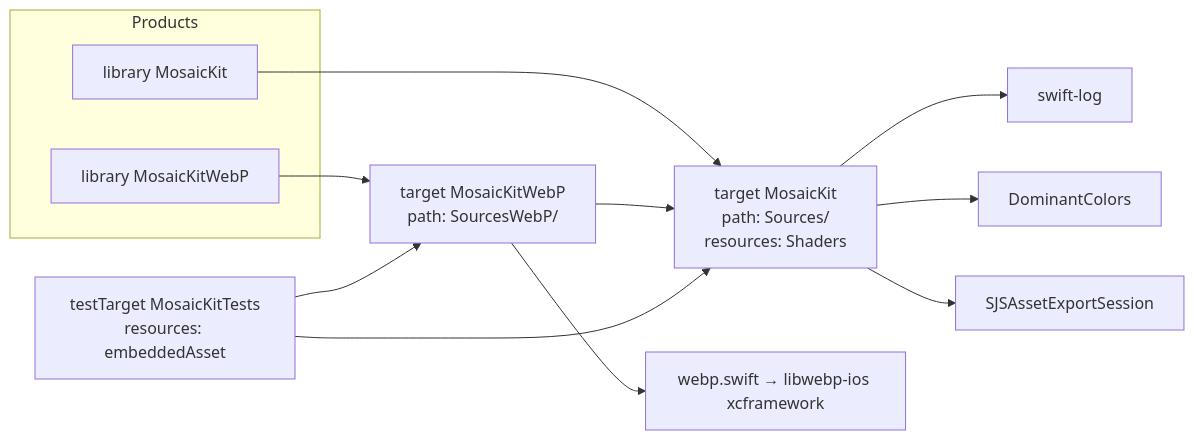
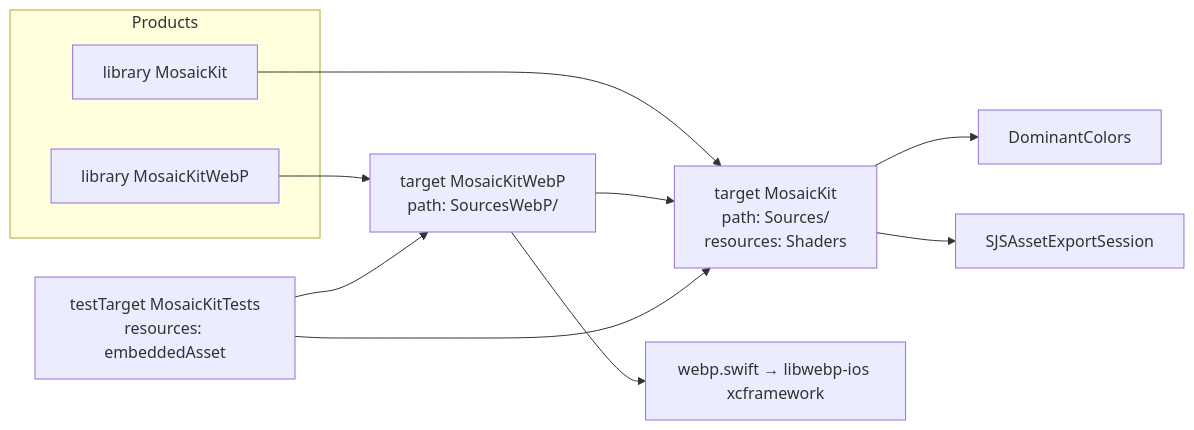
Before and after one commit to fdenis75/MosaicKit: the first of 7 diagrams in codebase-analysis-docs/CODEBASE_KNOWLEDGE.md, drawn with Mermaid. The commit also changed other lines of this file and 4 other files, not shown here.

````diff
--- a/codebase-analysis-docs/CODEBASE_KNOWLEDGE.md
+++ b/codebase-analysis-docs/CODEBASE_KNOWLEDGE.md
@@ -214,19 +214,18 @@
 ```mermaid
 graph LR
   subgraph Products
     P1[library MosaicKit]
     P2[library MosaicKitWebP]
   end
   T1[target MosaicKit<br/>path: Sources/<br/>resources: Shaders]
   T2[target MosaicKitWebP<br/>path: SourcesWebP/]
   T3[testTarget MosaicKitTests<br/>resources: embeddedAsset]
   P1 --> T1
   P2 --> T2
   T2 --> T1
   T2 --> W[webp.swift → libwebp-ios xcframework]
-  T1 --> D1[swift-log]
   T1 --> D2[DominantColors]
   T1 --> D3[SJSAssetExportSession]
   T3 --> T1
   T3 --> T2
 ```
````
